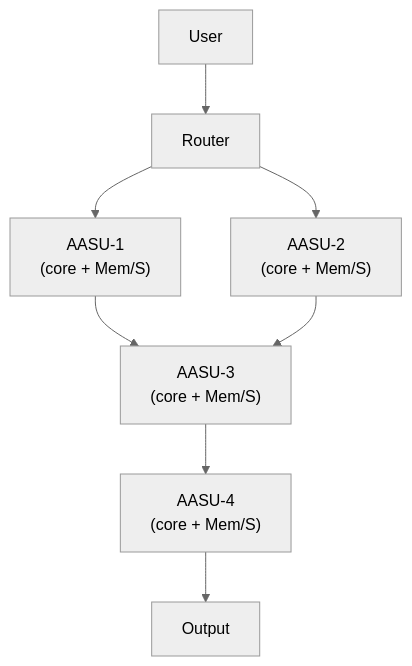
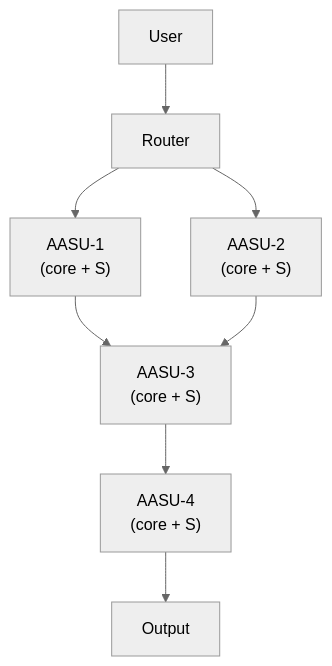
The fourth of 4 diagrams in docs/whitepapers/AASU_White_Paper_Publish_Ready_v1_2.md (SAISec/AASU), drawn with Mermaid (neutral theme) before and after one commit. The commit also changed other lines of this file and 16 other files, not shown here.

````diff
--- a/docs/whitepapers/AASU_White_Paper_Publish_Ready_v1_2.md
+++ b/docs/whitepapers/AASU_White_Paper_Publish_Ready_v1_2.md
@@ -101,10 +100,10 @@
 ``` mermaid
 flowchart TD
     User --> R[Router]
-    R --> A1["AASU-1<br/>(core + Mem/S)"]
-    R --> A2["AASU-2<br/>(core + Mem/S)"]
-    A1 --> B1["AASU-3<br/>(core + Mem/S)"]
+    R --> A1["AASU-1<br/>(core + S)"]
+    R --> A2["AASU-2<br/>(core + S)"]
+    A1 --> B1["AASU-3<br/>(core + S)"]
     A2 --> B1
-    B1 --> C1["AASU-4<br/>(core + Mem/S)"]
+    B1 --> C1["AASU-4<br/>(core + S)"]
     C1 --> Output
 ```
````
